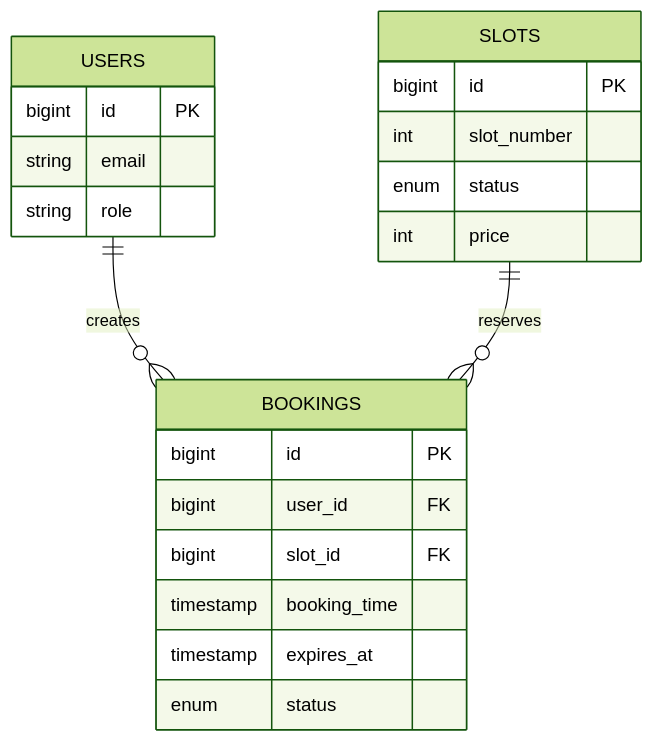
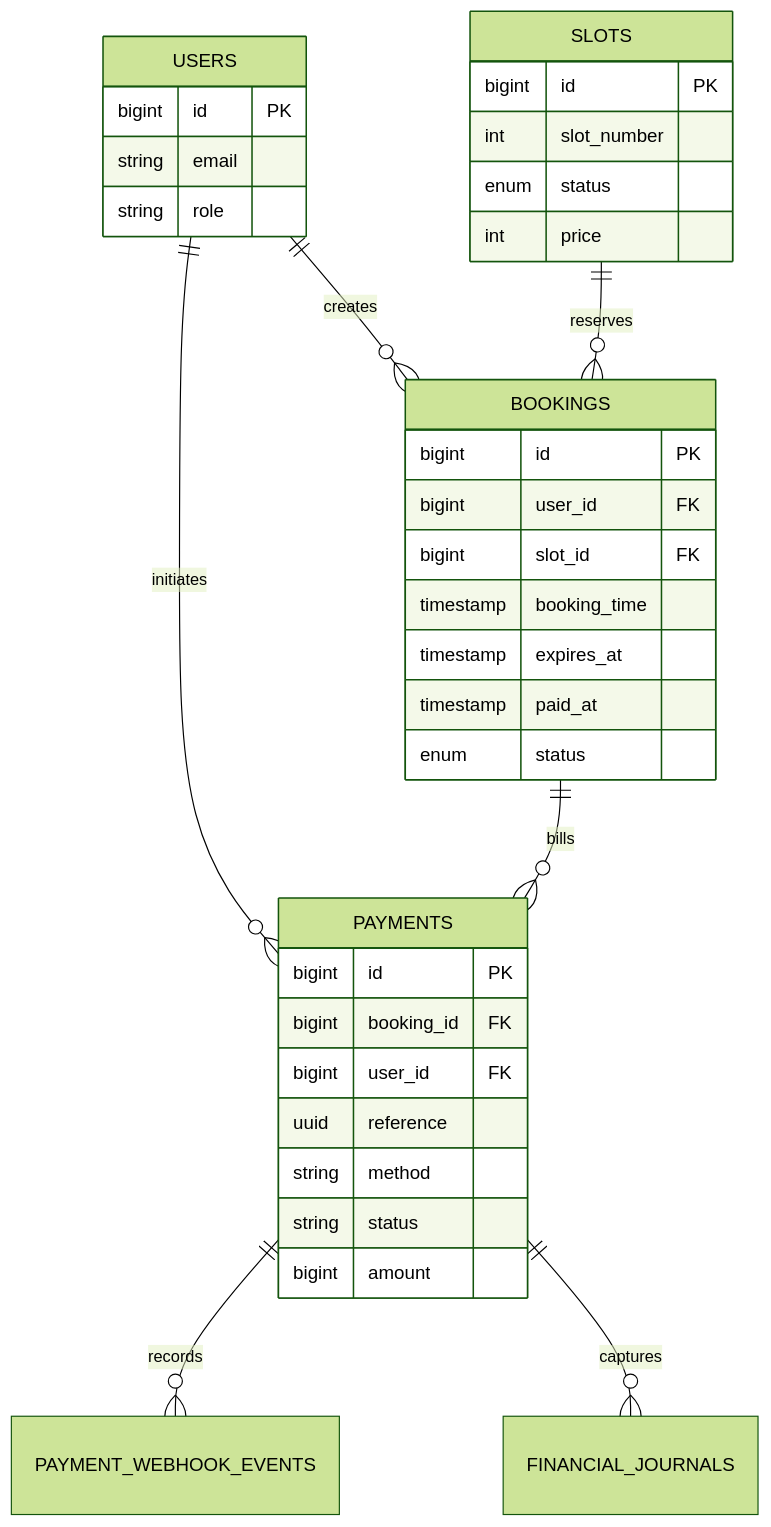
One commit to Sendyawldn/fishbooker changed the diagram in docs/data-model.md. Above: the diagram before and after it, drawn with Mermaid (forest theme). The commit also changed other lines of this file and 65 other files, not shown here.

Commit message:
feat: add payment flow, admin reporting, and http-only auth session

````diff
--- a/docs/data-model.md
+++ b/docs/data-model.md
@@ -98,27 +178,42 @@
 ```mermaid
 erDiagram
     USERS ||--o{ BOOKINGS : creates
+    USERS ||--o{ PAYMENTS : initiates
     SLOTS ||--o{ BOOKINGS : reserves
+    BOOKINGS ||--o{ PAYMENTS : bills
+    PAYMENTS ||--o{ PAYMENT_WEBHOOK_EVENTS : records
+    PAYMENTS ||--o{ FINANCIAL_JOURNALS : captures
 
     USERS {
       bigint id PK
       string email
       string role
     }
 
     SLOTS {
       bigint id PK
       int slot_number
       enum status
       int price
     }
 
     BOOKINGS {
       bigint id PK
       bigint user_id FK
       bigint slot_id FK
       timestamp booking_time
       timestamp expires_at
+      timestamp paid_at
       enum status
     }
+
+    PAYMENTS {
+      bigint id PK
+      bigint booking_id FK
+      bigint user_id FK
+      uuid reference
+      string method
+      string status
+      bigint amount
+    }
 ```
````
